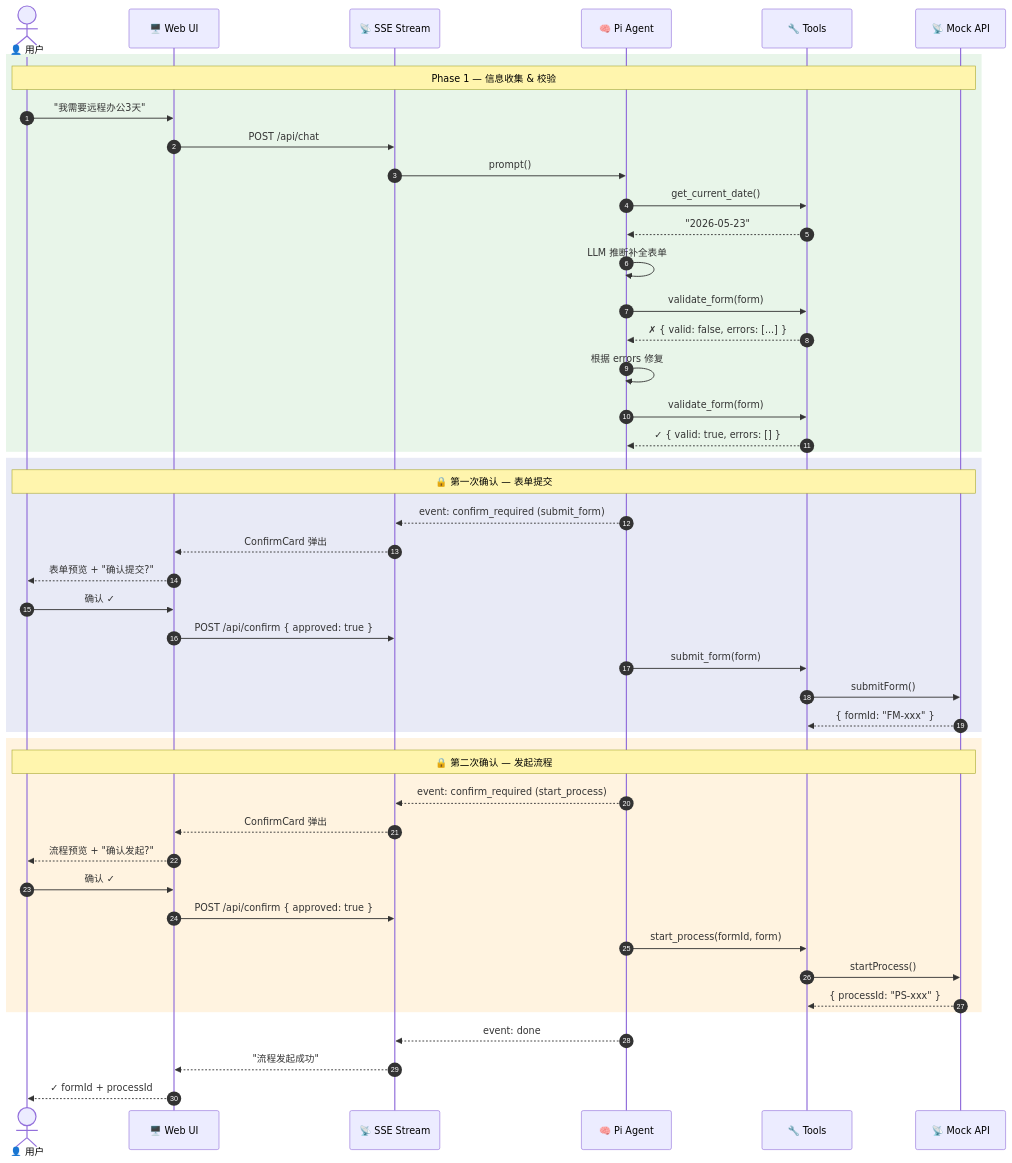
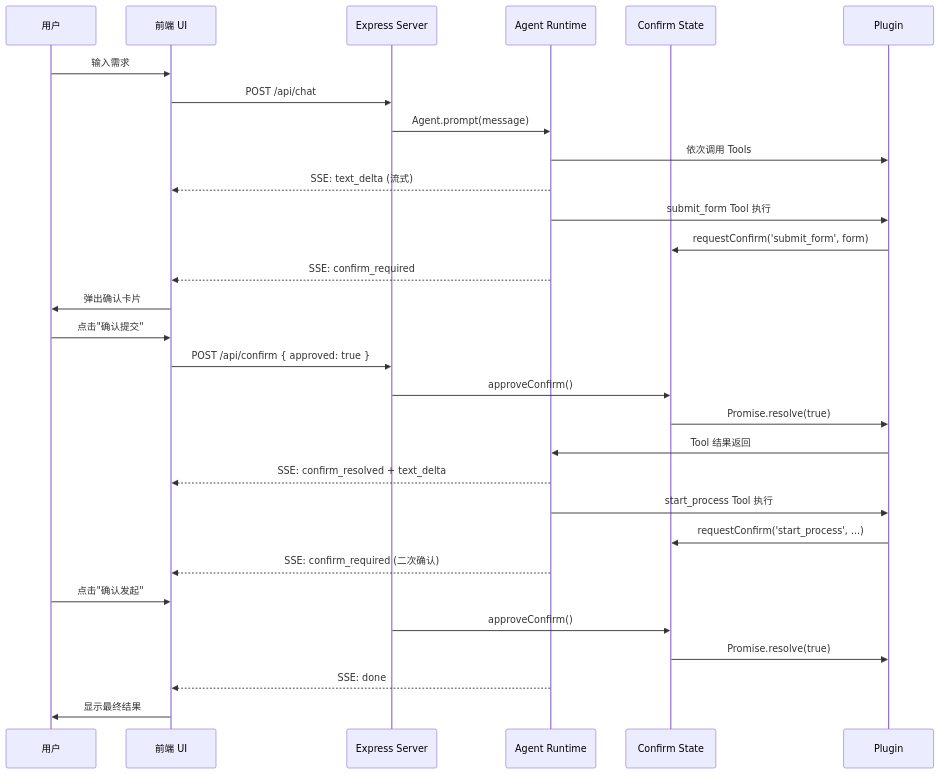
One commit to yjzaaa/leave-approval-agent changed the second of 2 diagrams in docs/DESIGN.md. Above: the diagram before and after it, drawn with Mermaid. The commit also changed other lines of this file and 25 other files, not shown here.

````diff
--- a/docs/DESIGN.md
+++ b/docs/DESIGN.md
@@ -156,56 +167,33 @@
 ```mermaid
 sequenceDiagram
-    autonumber
-    actor User as 👤 用户
-    participant UI as 🖥️ Web UI
-    participant SSE as 📡 SSE Stream
-    participant Agent as 🧠 Pi Agent
-    participant Tools as 🔧 Tools
-    participant API as 📡 Mock API
+    participant U as 用户
+    participant F as 前端 UI
+    participant S as Express Server
+    participant A as Agent Runtime
+    participant C as Confirm State
+    participant P as Plugin
 
-    %% Phase 1: 填写 & 校验
-    rect rgb(232, 245, 233)
-        Note over User,API: Phase 1 — 信息收集 & 校验
-        User->>UI: "我需要远程办公3天"
-        UI->>SSE: POST /api/chat
-        SSE->>Agent: prompt()
-        Agent->>Tools: get_current_date()
-        Tools-->>Agent: "2026-05-23"
-        Agent->>Agent: LLM 推断补全表单
-        Agent->>Tools: validate_form(form)
-        Tools-->>Agent: ✗ { valid: false, errors: [...] }
-        Agent->>Agent: 根据 errors 修复
-        Agent->>Tools: validate_form(form)
-        Tools-->>Agent: ✓ { valid: true, errors: [] }
-    end
-
-    %% 第一次确认
-    rect rgb(232, 234, 246)
-        Note over User,API: 🔒 第一次确认 — 表单提交
-        Agent-->>SSE: event: confirm_required (submit_form)
-        SSE-->>UI: ConfirmCard 弹出
-        UI-->>User: 表单预览 + "确认提交?"
-        User->>UI: 确认 ✓
-        UI->>SSE: POST /api/confirm { approved: true }
-        Agent->>Tools: submit_form(form)
-        Tools->>API: submitForm()
-        API-->>Tools: { formId: "FM-xxx" }
-    end
-
-    %% 第二次确认
-    rect rgb(255, 243, 224)
-        Note over User,API: 🔒 第二次确认 — 发起流程
-        Agent-->>SSE: event: confirm_required (start_process)
-        SSE-->>UI: ConfirmCard 弹出
-        UI-->>User: 流程预览 + "确认发起?"
-        User->>UI: 确认 ✓
-        UI->>SSE: POST /api/confirm { approved: true }
-        Agent->>Tools: start_process(formId, form)
-        Tools->>API: startProcess()
-        API-->>Tools: { processId: "PS-xxx" }
-    end
-
-    Agent-->>SSE: event: done
-    SSE-->>UI: "流程发起成功"
-    UI-->>User: ✓ formId + processId
+    U->>F: 输入需求
+    F->>S: POST /api/chat
+    S->>A: Agent.prompt(message)
+    A->>P: 依次调用 Tools
+    A-->>F: SSE: text_delta (流式)
+    A->>P: submit_form Tool 执行
+    P->>C: requestConfirm('submit_form', form)
+    A-->>F: SSE: confirm_required
+    F->>U: 弹出确认卡片
+    U->>F: 点击"确认提交"
+    F->>S: POST /api/confirm { approved: true }
+    S->>C: approveConfirm()
+    C->>P: Promise.resolve(true)
+    P->>A: Tool 结果返回
+    A-->>F: SSE: confirm_resolved + text_delta
+    A->>P: start_process Tool 执行
+    P->>C: requestConfirm('start_process', ...)
+    A-->>F: SSE: confirm_required (二次确认)
+    U->>F: 点击"确认发起"
+    S->>C: approveConfirm()
+    C->>P: Promise.resolve(true)
+    A-->>F: SSE: done
+    F->>U: 显示最终结果
 ```
````
